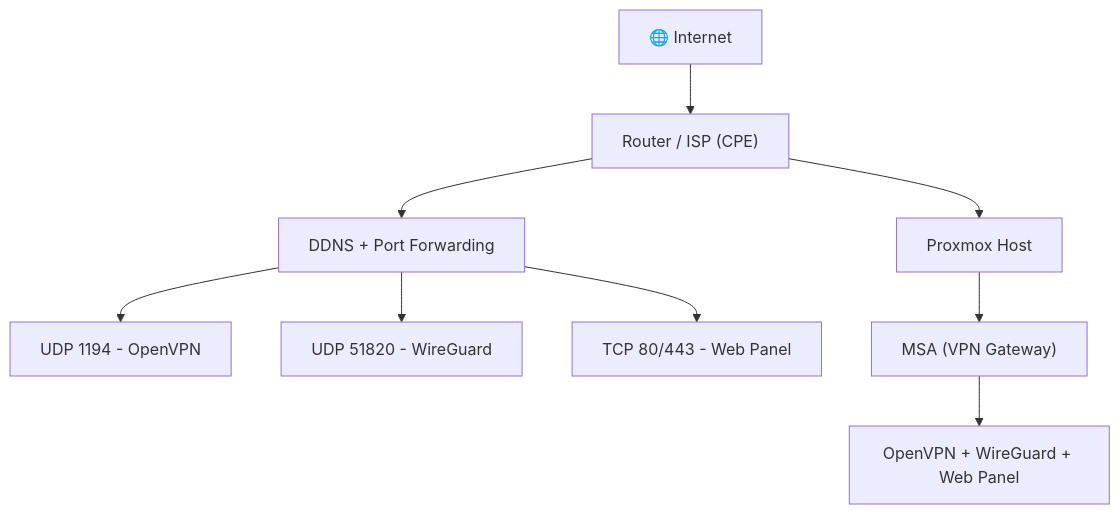
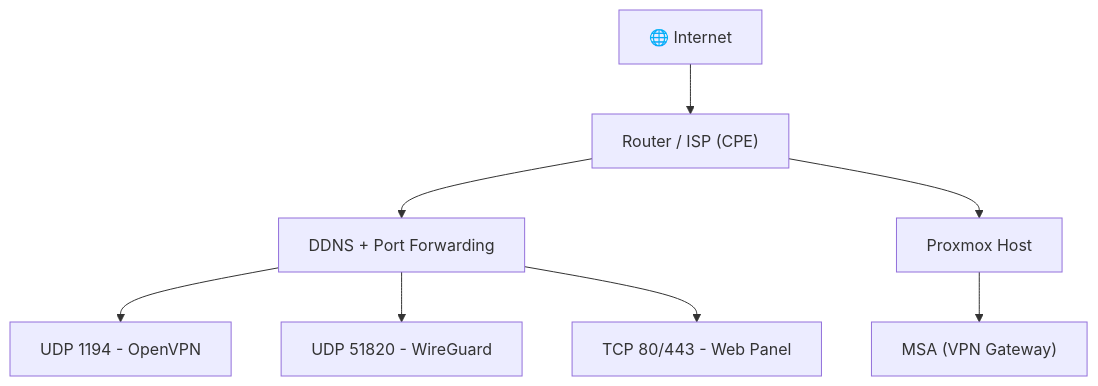
The diagram in README.md (r0s3mbr1ck/Marano_Secure_Access_MSA), drawn with Mermaid before and after one commit. The commit also changed other lines of this file, not shown here.

````diff
--- a/README.md
+++ b/README.md
@@ -114,21 +71,19 @@
 ```mermaid
 flowchart TD
     Internet["🌐 Internet"]
     Router["Router / ISP (CPE)"]
     Ports["DDNS + Port Forwarding"]
     OpenVPN["UDP 1194 - OpenVPN"]
     WireGuard["UDP 51820 - WireGuard"]
     Web["TCP 80/443 - Web Panel"]
     Proxmox["Proxmox Host"]
     MSA["MSA (VPN Gateway)"]
-    Services["OpenVPN + WireGuard + Web Panel"]
 
     Internet --> Router
     Router --> Ports
     Ports --> OpenVPN
     Ports --> WireGuard
     Ports --> Web
     Router --> Proxmox
     Proxmox --> MSA
-    MSA --> Services
 ```
````
